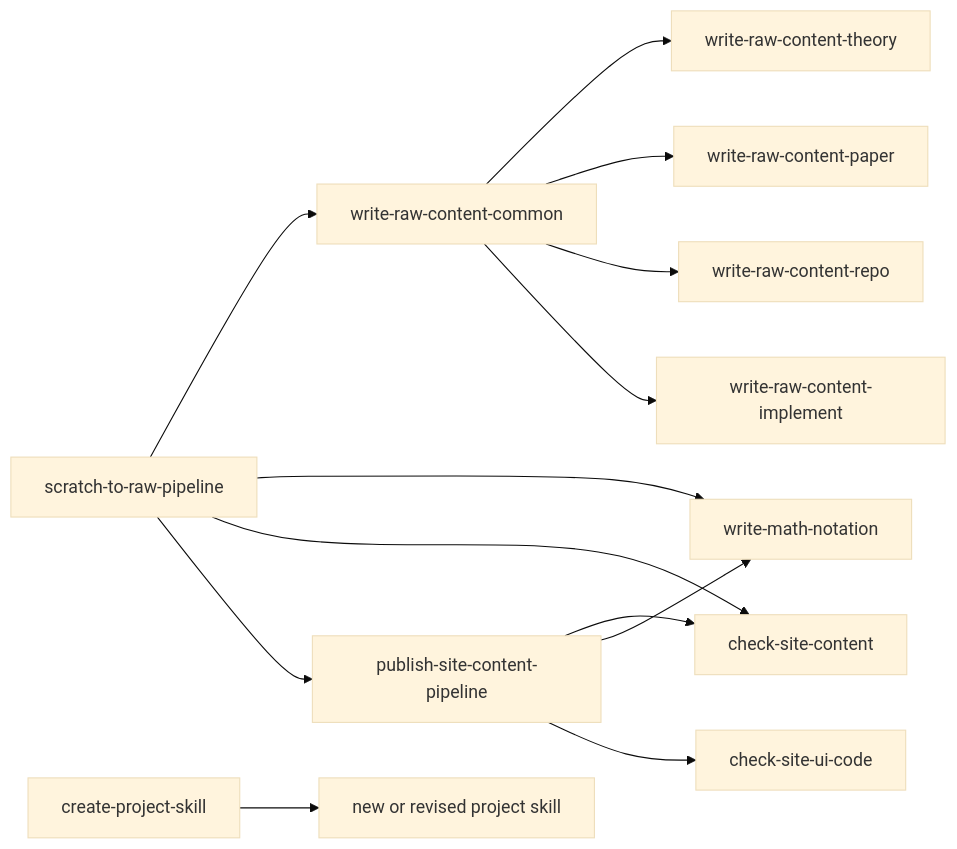
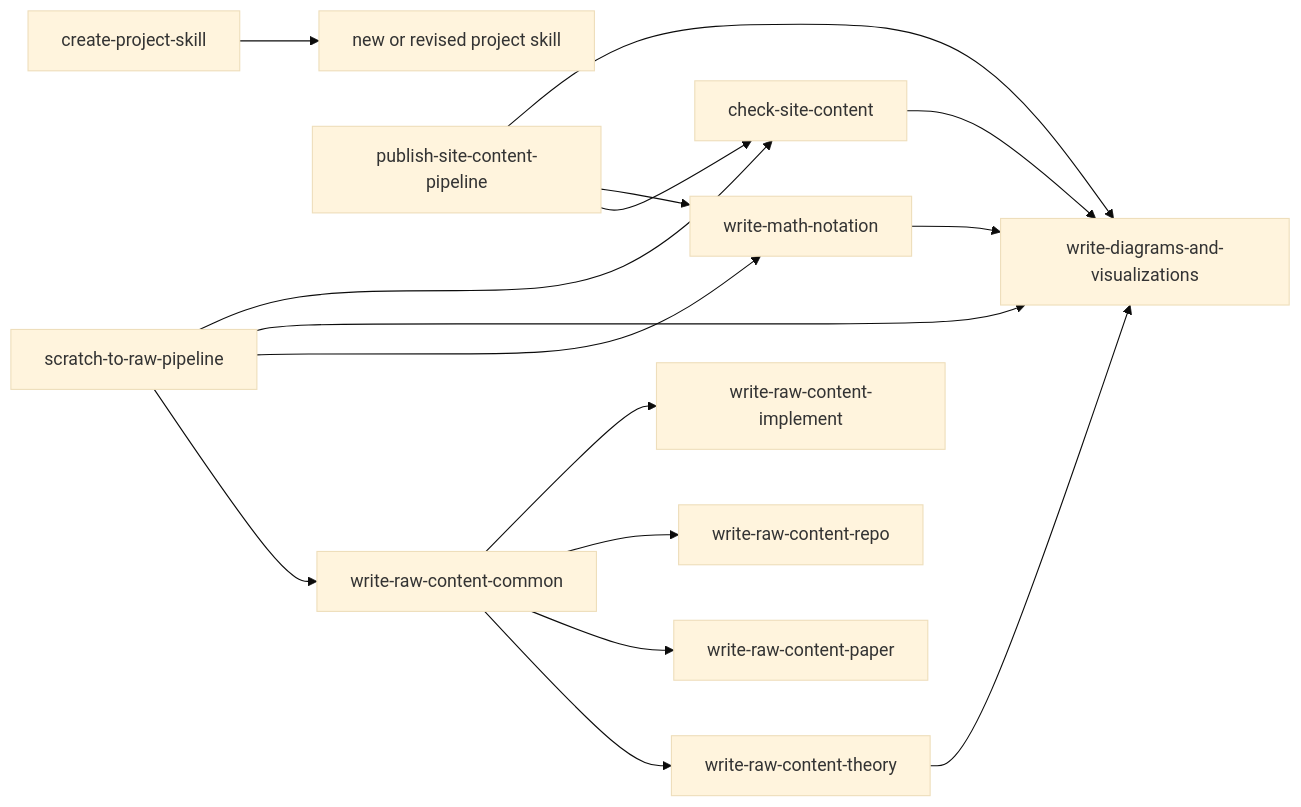
Before and after one commit to EchidnaRezero/SeraphField: the first of 3 diagrams in docs/skills-map.md, drawn with Mermaid (base theme). The commit also changed other lines of this file and 26 other files, not shown here.

Commit message:
docs: consolidate project guidance and mermaid rules

````diff
--- a/docs/skills-map.md
+++ b/docs/skills-map.md
@@ -7,18 +7,22 @@
 ```mermaid
 flowchart LR
     SCRATCH["scratch-to-raw-pipeline"] --> COMMON["write-raw-content-common"]
     SCRATCH --> MATH["write-math-notation"]
+    SCRATCH --> DIAGRAMS["write-diagrams-and-visualizations"]
     SCRATCH --> CHECKCONTENT["check-site-content"]
+    PUBLISH["publish-site-content-pipeline"]
 
     COMMON --> THEORY["write-raw-content-theory"]
     COMMON --> PAPER["write-raw-content-paper"]
     COMMON --> REPO["write-raw-content-repo"]
     COMMON --> IMPLEMENT["write-raw-content-implement"]
 
-    SCRATCH --> PUBLISH["publish-site-content-pipeline"]
     PUBLISH --> CHECKCONTENT
     PUBLISH --> MATH
-    PUBLISH --> CHECKUI["check-site-ui-code"]
+    PUBLISH --> DIAGRAMS
+    THEORY --> DIAGRAMS
+    CHECKCONTENT --> DIAGRAMS
+    MATH --> DIAGRAMS
 
     CREATE["create-project-skill"] --> NEW["new or revised project skill"]
 ```
````
